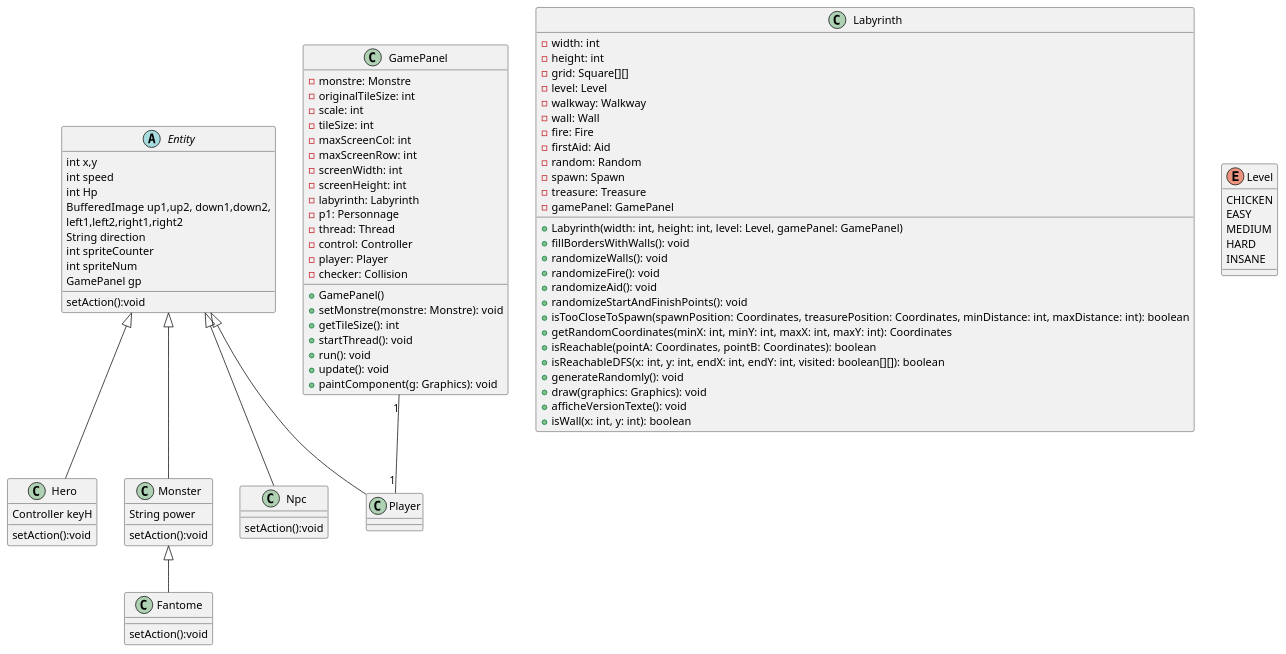
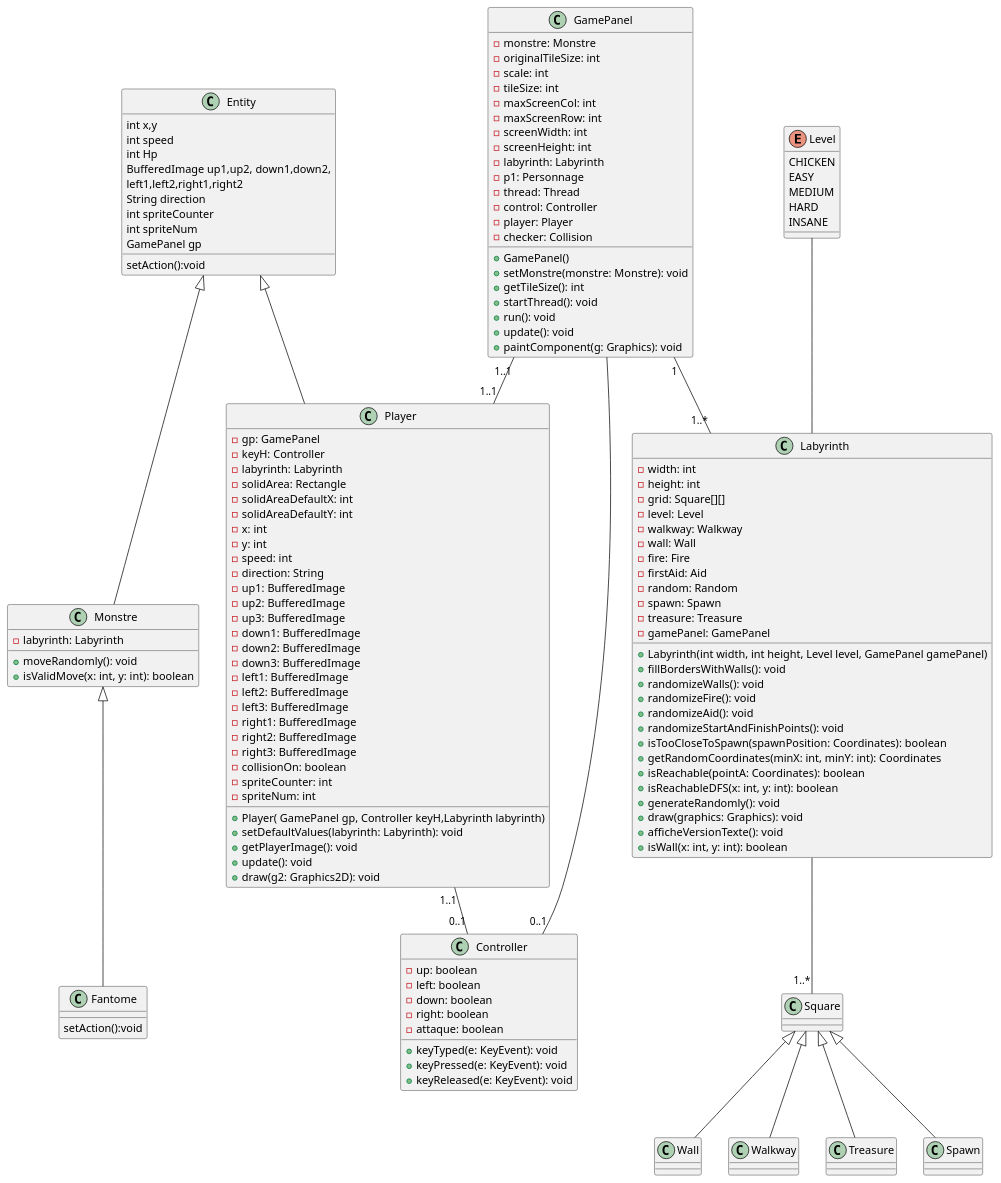
Before and after one commit to walidbrini/ACL-2023-UL-MAX: the diagram in Documents/Diagramme de Classe.puml, drawn with PlantUML. The commit also changed 14 other files, not shown here.

Commit message:
add player2 graphic

```diff
--- a/Documents/Diagramme de Classe.puml
+++ b/Documents/Diagramme de Classe.puml
@@ -1,106 +1,155 @@
 @startuml
 'https://plantuml.com/sequence-diagram
 
 
-Entity <|--Hero
-Entity <|--Monster
-Entity <|--Npc
-Monster <|--Fantome
-GamePanel "1" -- "1" Player
+Entity <|--Monstre
+Monstre <|--Fantome
+GamePanel "1..1" -- "1..1" Player
 Entity <|-- Player
+GamePanel "1" -- "1..*" Labyrinth
+Level -- Labyrinth
+Player "1..1" -- "0..1" Controller
+GamePanel -- "0..1" Controller
+Labyrinth -- "1..*" Square
+Square <|-- Wall 
+Square <|-- Walkway
+Square <|-- Treasure
+Square <|-- Spawn
 
-abstract class Entity {
-int x,y
-int speed
-int Hp
-BufferedImage up1,up2, down1,down2,
-left1,left2,right1,right2
-String direction
-int spriteCounter
-int spriteNum
-GamePanel gp
-setAction():void
+class Entity {
+    int x,y
+    int speed
+    int Hp
+    BufferedImage up1,up2, down1,down2,
+    left1,left2,right1,right2
+    String direction
+    int spriteCounter
+    int spriteNum
+    GamePanel gp
+    setAction():void
 
 }
+
+class Player {
+        - gp: GamePanel
+        - keyH: Controller
+        - labyrinth: Labyrinth
+        - solidArea: Rectangle
+        - solidAreaDefaultX: int
+        - solidAreaDefaultY: int
+        - x: int
+        - y: int
+        - speed: int
+        - direction: String
+        - up1: BufferedImage
+        - up2: BufferedImage
+        - up3: BufferedImage
+        - down1: BufferedImage
+        - down2: BufferedImage
+        - down3: BufferedImage
+        - left1: BufferedImage
+        - left2: BufferedImage
+        - left3: BufferedImage
+        - right1: BufferedImage
+        - right2: BufferedImage
+        - right3: BufferedImage
+        - collisionOn: boolean
+        - spriteCounter: int
+        - spriteNum: int
+
+        + Player( GamePanel gp, Controller keyH,Labyrinth labyrinth)
+        + setDefaultValues(labyrinth: Labyrinth): void
+        + getPlayerImage(): void
+        + update(): void
+        + draw(g2: Graphics2D): void
+    }
 
 class GamePanel {
         - monstre: Monstre
         - originalTileSize: int
         - scale: int
         - tileSize: int
         - maxScreenCol: int
         - maxScreenRow: int
         - screenWidth: int
         - screenHeight: int
         - labyrinth: Labyrinth
         - p1: Personnage 
         - thread: Thread
         - control: Controller
         - player: Player
         - checker: Collision
 
         + GamePanel()
         + setMonstre(monstre: Monstre): void
         + getTileSize(): int
         + startThread(): void
         + run(): void
         + update(): void
         + paintComponent(g: Graphics): void
 }
 
-class Hero {
-Controller keyH
-setAction():void
-}
+class Monstre {
+        - labyrinth: Labyrinth
 
-class Monster {
-String power
-setAction():void
-}
+        + moveRandomly(): void
+        + isValidMove(x: int, y: int): boolean
+    }
 
 class Fantome {
 setAction():void
 }
-class Npc{
-setAction():void
-}
+
 
     class Labyrinth {
         - width: int
         - height: int
         - grid: Square[][]
         - level: Level
         - walkway: Walkway
         - wall: Wall
         - fire: Fire
         - firstAid: Aid
         - random: Random
         - spawn: Spawn
         - treasure: Treasure
         - gamePanel: GamePanel
 
-        + Labyrinth(width: int, height: int, level: Level, gamePanel: GamePanel)
+        + Labyrinth(int width, int height, Level level, GamePanel gamePanel)
         + fillBordersWithWalls(): void
         + randomizeWalls(): void
         + randomizeFire(): void
         + randomizeAid(): void
         + randomizeStartAndFinishPoints(): void
-        + isTooCloseToSpawn(spawnPosition: Coordinates, treasurePosition: Coordinates, minDistance: int, maxDistance: int): boolean
-        + getRandomCoordinates(minX: int, minY: int, maxX: int, maxY: int): Coordinates
-        + isReachable(pointA: Coordinates, pointB: Coordinates): boolean
-        + isReachableDFS(x: int, y: int, endX: int, endY: int, visited: boolean[][]): boolean
+        + isTooCloseToSpawn(spawnPosition: Coordinates): boolean
+        + getRandomCoordinates(minX: int, minY: int): Coordinates
+        + isReachable(pointA: Coordinates): boolean
+        + isReachableDFS(x: int, y: int): boolean
         + generateRandomly(): void
         + draw(graphics: Graphics): void
         + afficheVersionTexte(): void
         + isWall(x: int, y: int): boolean
     }
+
+    class Controller {
+        - up: boolean
+        - left: boolean
+        - down: boolean
+        - right: boolean
+        - attaque: boolean
+
+        + keyTyped(e: KeyEvent): void
+        + keyPressed(e: KeyEvent): void
+        + keyReleased(e: KeyEvent): void
+    }
+
 
     enum Level {
         CHICKEN
         EASY
         MEDIUM
         HARD
         INSANE
     }
 
 @enduml
```
